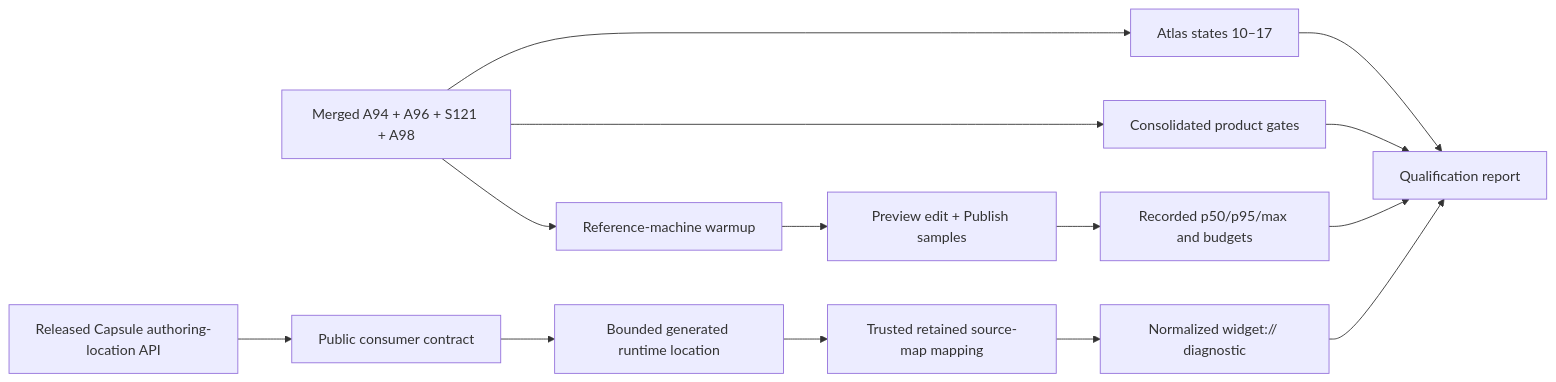
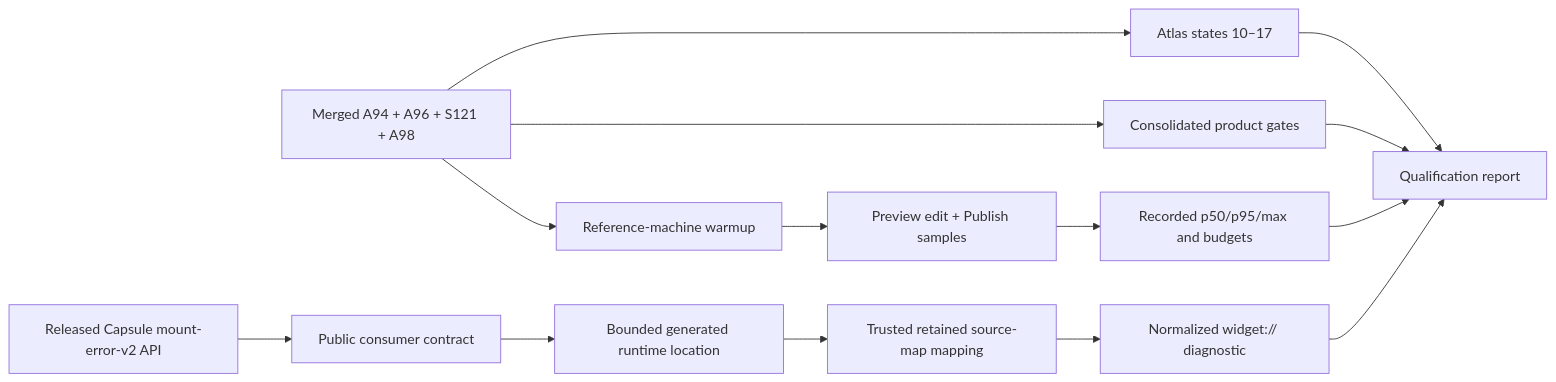
One commit to omnidraw/omnidraw changed the diagram in tasks/a/A99.md. Above: the diagram before and after it, drawn with Mermaid. The commit also changed other lines of this file, not shown here.

````diff
--- a/tasks/a/A99.md
+++ b/tasks/a/A99.md
@@ -42,16 +51,16 @@
 ```mermaid
 flowchart LR
   Baseline["Merged A94 + A96 + S121 + A98"] --> Visual["Atlas states 10–17"]
   Baseline --> Gates["Consolidated product gates"]
-  Capsule["Released Capsule authoring-location API"] --> Contract["Public consumer contract"]
+  Capsule["Released Capsule mount-error-v2 API"] --> Contract["Public consumer contract"]
   Contract --> Runtime["Bounded generated runtime location"]
   Runtime --> Map["Trusted retained source-map mapping"]
   Map --> Diagnostic["Normalized widget:// diagnostic"]
   Baseline --> Warmup["Reference-machine warmup"]
   Warmup --> Samples["Preview edit + Publish samples"]
   Samples --> P95["Recorded p50/p95/max and budgets"]
   Visual --> Close["Qualification report"]
   Gates --> Close
   Diagnostic --> Close
   P95 --> Close
 ```
````
